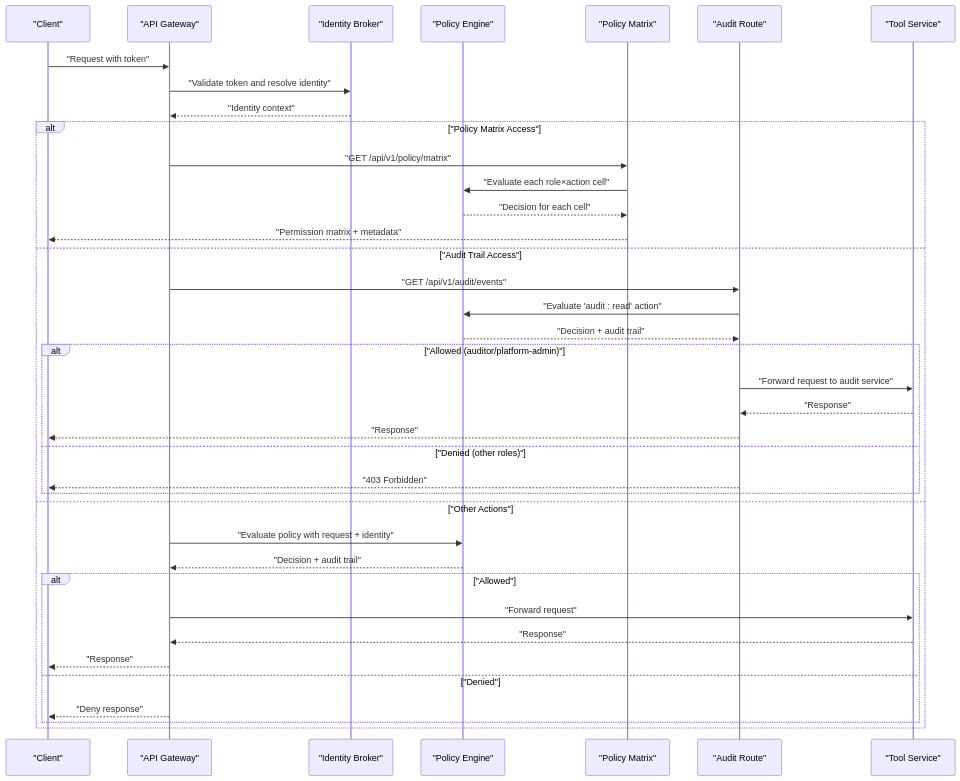
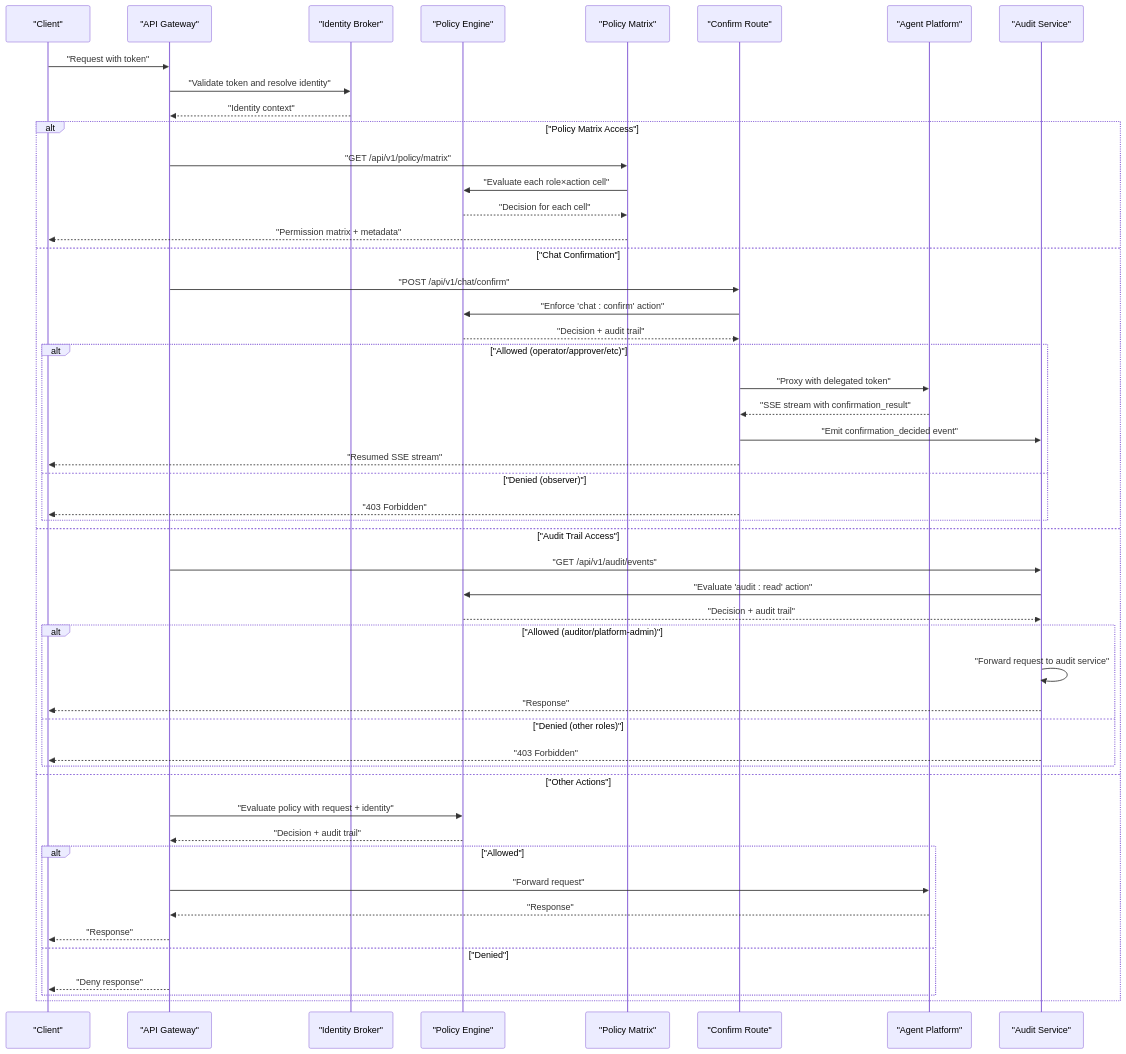
One commit to metasync/luban-aiops changed the second of 5 diagrams in .qoder/repowiki/en/content/Policy Management/Policy Management.md. Above: the diagram before and after it, drawn with Mermaid. The commit also changed other lines of this file and 24 other files, not shown here.

````diff
--- a/.qoder/repowiki/en/content/Policy Management/Policy Management.md
+++ b/.qoder/repowiki/en/content/Policy Management/Policy Management.md
@@ -209,40 +232,52 @@
 ```mermaid
 sequenceDiagram
 participant Client as "Client"
 participant Gateway as "API Gateway"
 participant Identity as "Identity Broker"
 participant Engine as "Policy Engine"
 participant Matrix as "Policy Matrix"
-participant AuditRoute as "Audit Route"
-participant Tool as "Tool Service"
+participant Confirm as "Confirm Route"
+participant Agent as "Agent Platform"
+participant Audit as "Audit Service"
 Client->>Gateway : "Request with token"
 Gateway->>Identity : "Validate token and resolve identity"
 Identity-->>Gateway : "Identity context"
 alt "Policy Matrix Access"
 Gateway->>Matrix : "GET /api/v1/policy/matrix"
 Matrix->>Engine : "Evaluate each role×action cell"
 Engine-->>Matrix : "Decision for each cell"
 Matrix-->>Client : "Permission matrix + metadata"
+else "Chat Confirmation"
+Gateway->>Confirm : "POST /api/v1/chat/confirm"
+Confirm->>Engine : "Enforce 'chat : confirm' action"
+Engine-->>Confirm : "Decision + audit trail"
+alt "Allowed (operator/approver/etc)"
+Confirm->>Agent : "Proxy with delegated token"
+Agent-->>Confirm : "SSE stream with confirmation_result"
+Confirm->>Audit : "Emit confirmation_decided event"
+Confirm-->>Client : "Resumed SSE stream"
+else "Denied (observer)"
+Confirm-->>Client : "403 Forbidden"
+end
 else "Audit Trail Access"
-Gateway->>AuditRoute : "GET /api/v1/audit/events"
-AuditRoute->>Engine : "Evaluate 'audit : read' action"
-Engine-->>AuditRoute : "Decision + audit trail"
+Gateway->>Audit : "GET /api/v1/audit/events"
+Audit->>Engine : "Evaluate 'audit : read' action"
+Engine-->>Audit : "Decision + audit trail"
 alt "Allowed (auditor/platform-admin)"
-AuditRoute->>Tool : "Forward request to audit service"
-Tool-->>AuditRoute : "Response"
-AuditRoute-->>Client : "Response"
+Audit->>Audit : "Forward request to audit service"
+Audit-->>Client : "Response"
 else "Denied (other roles)"
-AuditRoute-->>Client : "403 Forbidden"
+Audit-->>Client : "403 Forbidden"
 end
 else "Other Actions"
 Gateway->>Engine : "Evaluate policy with request + identity"
 Engine-->>Gateway : "Decision + audit trail"
 alt "Allowed"
-Gateway->>Tool : "Forward request"
-Tool-->>Gateway : "Response"
+Gateway->>Agent : "Forward request"
+Agent-->>Gateway : "Response"
 Gateway-->>Client : "Response"
 else "Denied"
 Gateway-->>Client : "Deny response"
 end
 end
 ```
````
